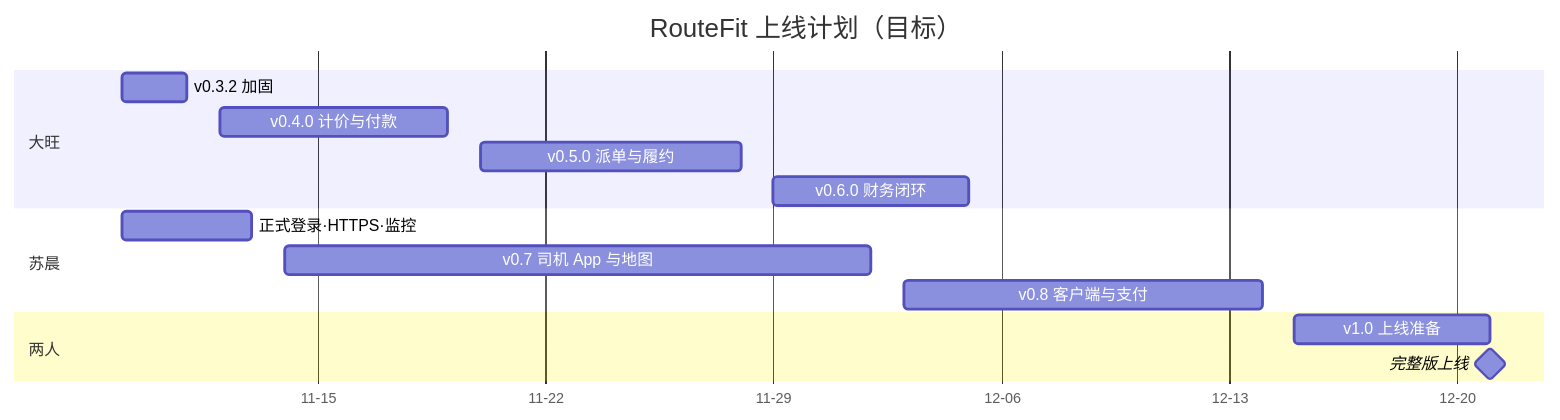
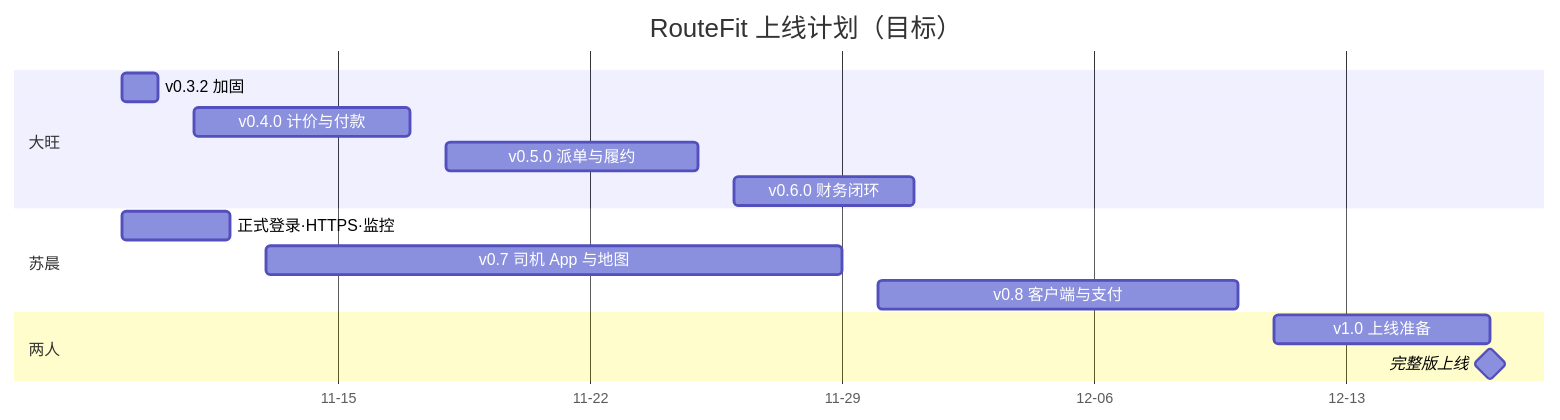
One commit to leishen8806/dr-routefit changed the diagram in ops/codex/roadmap.md. Above: the diagram before and after it, drawn with Mermaid. The commit also changed other lines of this file and 2 other files, not shown here.

First line of the commit message:
docs: allow batched PRs for same-module cards; roadmap re-estimated by PR batches (target 12-17)

````diff
--- a/ops/codex/roadmap.md
+++ b/ops/codex/roadmap.md
@@ -43,18 +43,18 @@
 ```mermaid
 gantt
     title RouteFit 上线计划（目标）
     dateFormat YYYY-MM-DD
     axisFormat %m-%d
     section 大旺
-    v0.3.2 加固               :2026-11-09, 2026-11-11
-    v0.4.0 计价与付款          :2026-11-12, 2026-11-19
-    v0.5.0 派单与履约          :2026-11-20, 2026-11-28
-    v0.6.0 财务闭环            :2026-11-29, 2026-12-05
+    v0.3.2 加固               :2026-11-09, 2026-11-10
+    v0.4.0 计价与付款          :2026-11-11, 2026-11-17
+    v0.5.0 派单与履约          :2026-11-18, 2026-11-25
+    v0.6.0 财务闭环            :2026-11-26, 2026-12-01
     section 苏晨
-    正式登录·HTTPS·监控        :2026-11-09, 2026-11-13
-    v0.7 司机 App 与地图       :2026-11-14, 2026-12-02
-    v0.8 客户端与支付          :2026-12-03, 2026-12-14
+    正式登录·HTTPS·监控        :2026-11-09, 2026-11-12
+    v0.7 司机 App 与地图       :2026-11-13, 2026-11-29
+    v0.8 客户端与支付          :2026-11-30, 2026-12-10
     section 两人
-    v1.0 上线准备              :2026-12-15, 2026-12-21
-    完整版上线                 :milestone, 2026-12-21, 0d
+    v1.0 上线准备              :2026-12-11, 2026-12-17
+    完整版上线                 :milestone, 2026-12-17, 0d
 ```
````
